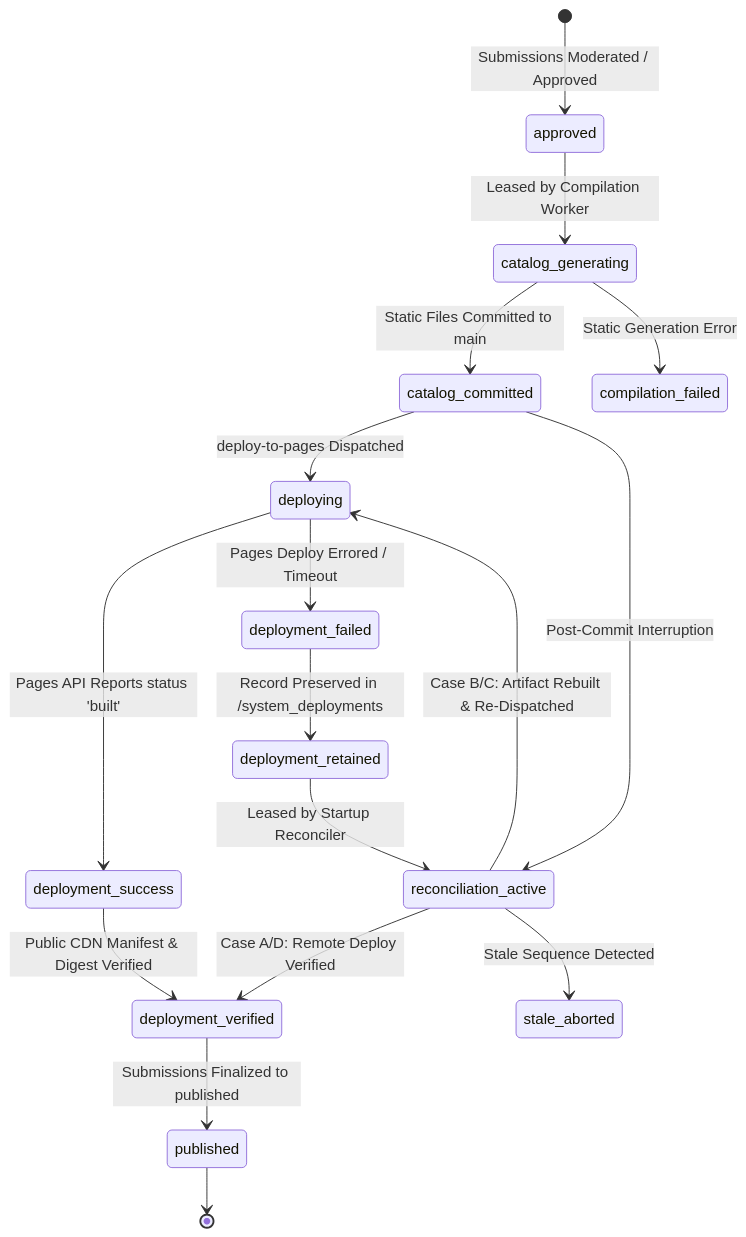
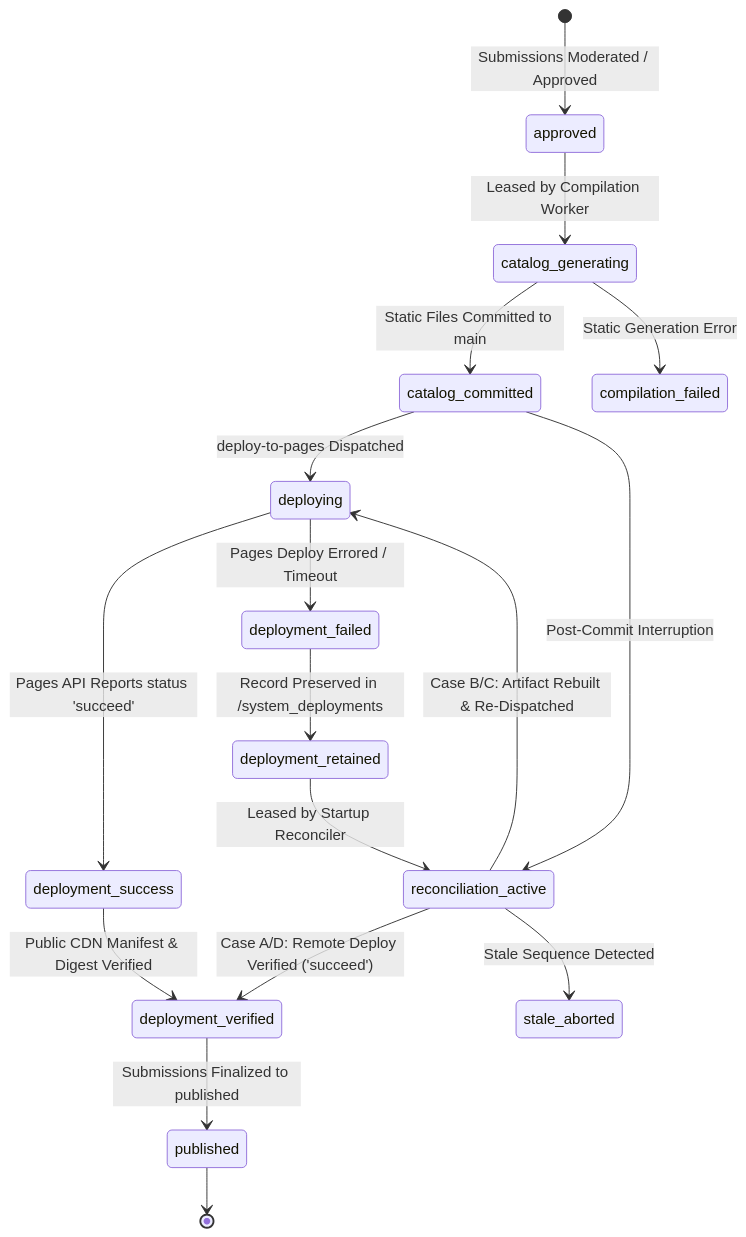
One commit to Rohitpvt/GitStore changed the second of 3 diagrams in docs/ARCHITECTURE.md. Above: the diagram before and after it, drawn with Mermaid. The commit also changed other lines of this file and 13 other files, not shown here.

````diff
--- a/docs/ARCHITECTURE.md
+++ b/docs/ARCHITECTURE.md
@@ -233,21 +274,21 @@
 ```mermaid
 stateDiagram-v2
     [*] --> approved: Submissions Moderated / Approved
     approved --> catalog_generating: Leased by Compilation Worker
     catalog_generating --> catalog_committed: Static Files Committed to main
     catalog_committed --> deploying: deploy-to-pages Dispatched
-    deploying --> deployment_success: Pages API Reports status 'built'
+    deploying --> deployment_success: Pages API Reports status 'succeed'
     deployment_success --> deployment_verified: Public CDN Manifest & Digest Verified
     deployment_verified --> published: Submissions Finalized to published
     
     %% Failure & Recovery Transitions
     catalog_generating --> compilation_failed: Static Generation Error
     catalog_committed --> reconciliation_active: Post-Commit Interruption
     deploying --> deployment_failed: Pages Deploy Errored / Timeout
     deployment_failed --> deployment_retained: Record Preserved in /system_deployments
     deployment_retained --> reconciliation_active: Leased by Startup Reconciler
-    reconciliation_active --> deployment_verified: Case A/D: Remote Deploy Verified
+    reconciliation_active --> deployment_verified: Case A/D: Remote Deploy Verified ('succeed')
     reconciliation_active --> deploying: Case B/C: Artifact Rebuilt & Re-Dispatched
     reconciliation_active --> stale_aborted: Stale Sequence Detected
     published --> [*]
 ```
````
